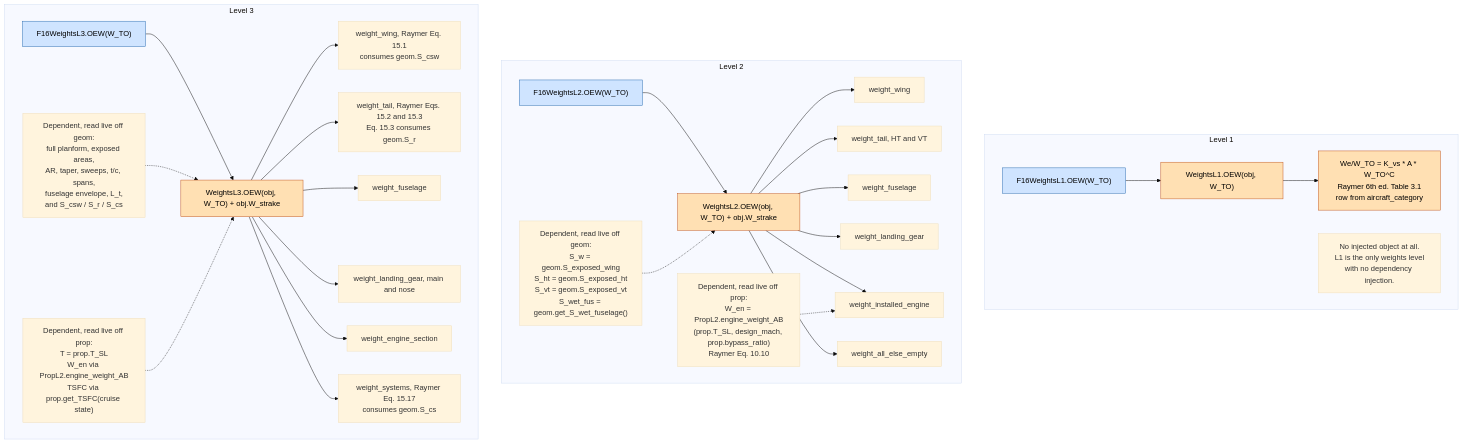
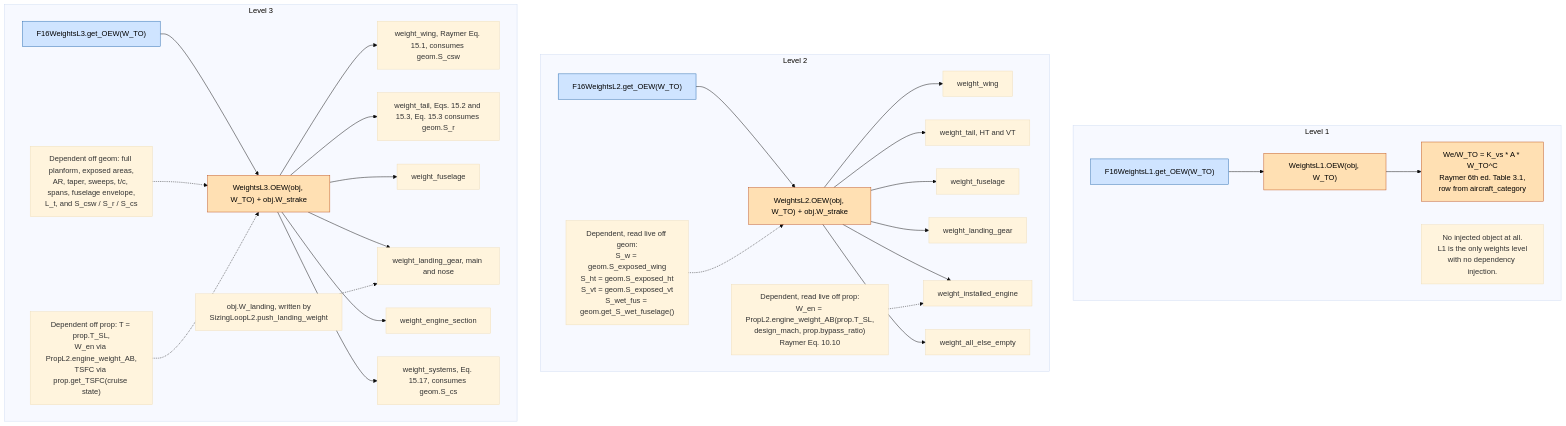
Before and after one commit to Idopt-Lab/air-vehicle-design: the tenth of 12 diagrams in air_vehicle_design/sizing/docs/Mermaid_Diagrams/sizing_loop_dependency_diagrams.md, drawn with Mermaid (base theme). The commit also changed other lines of this file, not shown here.

First line of the commit message:
docs: rewrite the stale sizing-loop dependency diagrams

````diff
--- a/air_vehicle_design/sizing/docs/Mermaid_Diagrams/sizing_loop_dependency_diagrams.md
+++ b/air_vehicle_design/sizing/docs/Mermaid_Diagrams/sizing_loop_dependency_diagrams.md
@@ -598,40 +576,41 @@
 ```mermaid
 flowchart TD
     subgraph L1["Level 1"]
-        O1["F16WeightsL1.OEW(W_TO)"]
+        O1["F16WeightsL1.get_OEW(W_TO)"]
         O1 --> W1["WeightsL1.OEW(obj, W_TO)"]
-        W1 --> W1A["We/W_TO = K_vs * A * W_TO^C<br/>Raymer 6th ed. Table 3.1<br/>row from aircraft_category"]
+        W1 --> W1A["We/W_TO = K_vs * A * W_TO^C<br/>Raymer 6th ed. Table 3.1,<br/>row from aircraft_category"]
         NOTE1["No injected object at all.<br/>L1 is the only weights level<br/>with no dependency injection."]
     end
 
     subgraph L2["Level 2"]
-        O2["F16WeightsL2.OEW(W_TO)"]
+        O2["F16WeightsL2.get_OEW(W_TO)"]
         O2 --> W2["WeightsL2.OEW(obj, W_TO) + obj.W_strake"]
         W2 --> W2A["weight_wing"]
         W2 --> W2B["weight_tail, HT and VT"]
         W2 --> W2C["weight_fuselage"]
         W2 --> W2D["weight_landing_gear"]
         W2 --> W2E["weight_installed_engine"]
         W2 --> W2F["weight_all_else_empty"]
         G2["Dependent, read live off geom:<br/>S_w = geom.S_exposed_wing<br/>S_ht = geom.S_exposed_ht<br/>S_vt = geom.S_exposed_vt<br/>S_wet_fus = geom.get_S_wet_fuselage()"] -.-> W2
-        P2["Dependent, read live off prop:<br/>W_en = PropL2.engine_weight_AB<br/>(prop.T_SL, design_mach, prop.bypass_ratio)<br/>Raymer Eq. 10.10"] -.-> W2E
+        P2["Dependent, read live off prop:<br/>W_en = PropL2.engine_weight_AB(prop.T_SL,<br/>design_mach, prop.bypass_ratio)<br/>Raymer Eq. 10.10"] -.-> W2E
     end
 
     subgraph L3["Level 3"]
-        O3["F16WeightsL3.OEW(W_TO)"]
+        O3["F16WeightsL3.get_OEW(W_TO)"]
         O3 --> W3["WeightsL3.OEW(obj, W_TO) + obj.W_strake"]
-        W3 --> W3A["weight_wing, Raymer Eq. 15.1<br/>consumes geom.S_csw"]
-        W3 --> W3B["weight_tail, Raymer Eqs. 15.2 and 15.3<br/>Eq. 15.3 consumes geom.S_r"]
+        W3 --> W3A["weight_wing, Raymer Eq. 15.1, consumes geom.S_csw"]
+        W3 --> W3B["weight_tail, Eqs. 15.2 and 15.3, Eq. 15.3 consumes geom.S_r"]
         W3 --> W3C["weight_fuselage"]
         W3 --> W3D["weight_landing_gear, main and nose"]
         W3 --> W3E["weight_engine_section"]
-        W3 --> W3F["weight_systems, Raymer Eq. 15.17<br/>consumes geom.S_cs"]
-        G3["Dependent, read live off geom:<br/>full planform, exposed areas,<br/>AR, taper, sweeps, t/c, spans,<br/>fuselage envelope, L_t,<br/>and S_csw / S_r / S_cs"] -.-> W3
-        P3["Dependent, read live off prop:<br/>T = prop.T_SL<br/>W_en via PropL2.engine_weight_AB<br/>TSFC via prop.get_TSFC(cruise state)"] -.-> W3
+        W3 --> W3F["weight_systems, Eq. 15.17, consumes geom.S_cs"]
+        G3["Dependent off geom: full planform, exposed areas,<br/>AR, taper, sweeps, t/c, spans, fuselage envelope,<br/>L_t, and S_csw / S_r / S_cs"] -.-> W3
+        P3["Dependent off prop: T = prop.T_SL,<br/>W_en via PropL2.engine_weight_AB,<br/>TSFC via prop.get_TSFC(cruise state)"] -.-> W3
+        WL["obj.W_landing, written by<br/>SizingLoopL2.push_landing_weight"] -.-> W3D
     end
 
     classDef orch fill:#cfe4ff,stroke:#2b6cb0,color:#000
     classDef tb fill:#ffe0b3,stroke:#c05621,color:#000
     class O1,O2,O3 orch
     class W1,W2,W3,W1A tb
 ```
````
